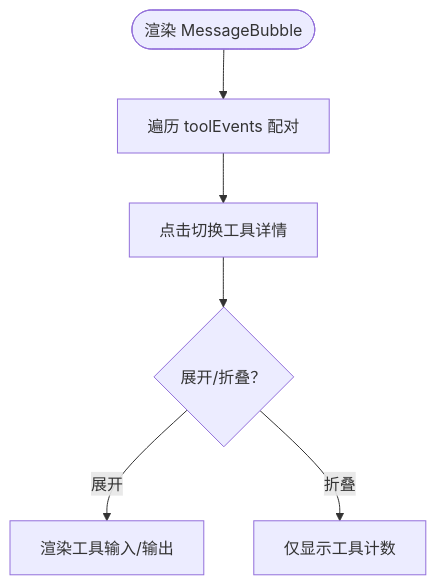
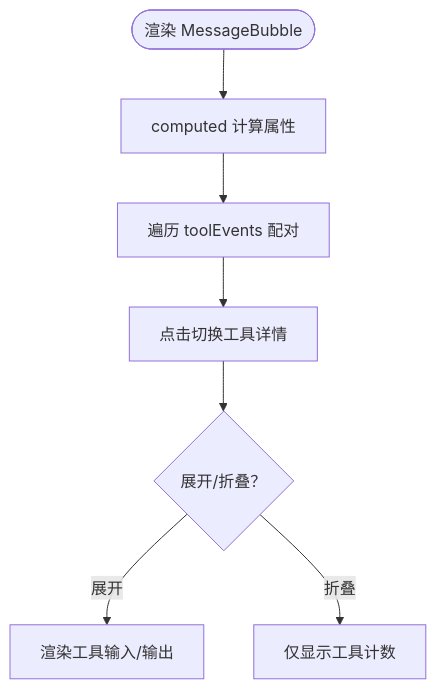
The sixth of 9 diagrams in .qoder/repowiki/zh/content/系统架构/渲染器进程架构.md (hallllla/QAQ-Agent), drawn with Mermaid before and after one commit. The commit also changed other lines of this file and 23 other files, not shown here.

````diff
--- a/.qoder/repowiki/zh/content/系统架构/渲染器进程架构.md
+++ b/.qoder/repowiki/zh/content/系统架构/渲染器进程架构.md
@@ -232,8 +254,9 @@
 ```mermaid
 flowchart TD
-Render(["渲染 MessageBubble"]) --> Pair["遍历 toolEvents 配对"]
+Render(["渲染 MessageBubble"]) --> Computed["computed 计算属性"]
+Computed --> Pair["遍历 toolEvents 配对"]
 Pair --> Toggle["点击切换工具详情"]
 Toggle --> ShowHide{"展开/折叠？"}
 ShowHide --> |展开| Details["渲染工具输入/输出"]
 ShowHide --> |折叠| Minimized["仅显示工具计数"]
 ```
````
